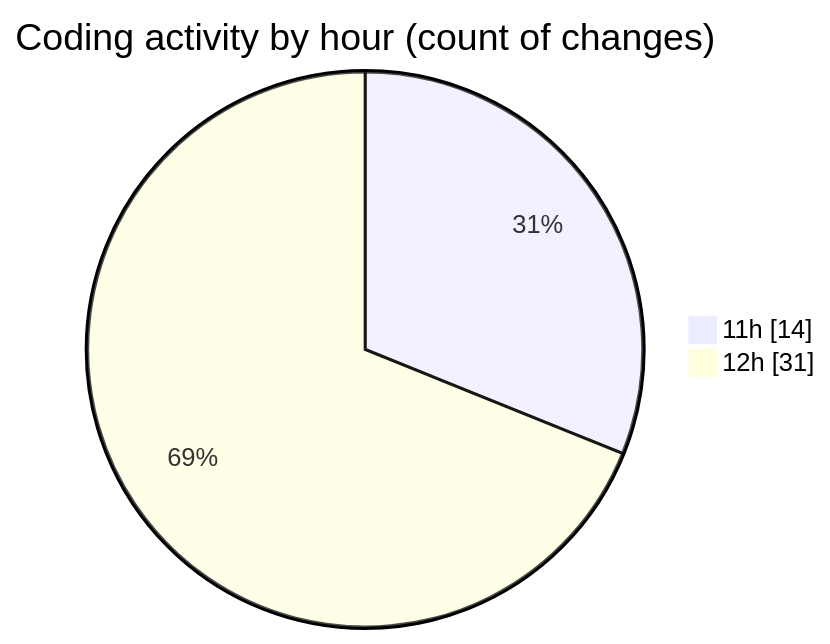
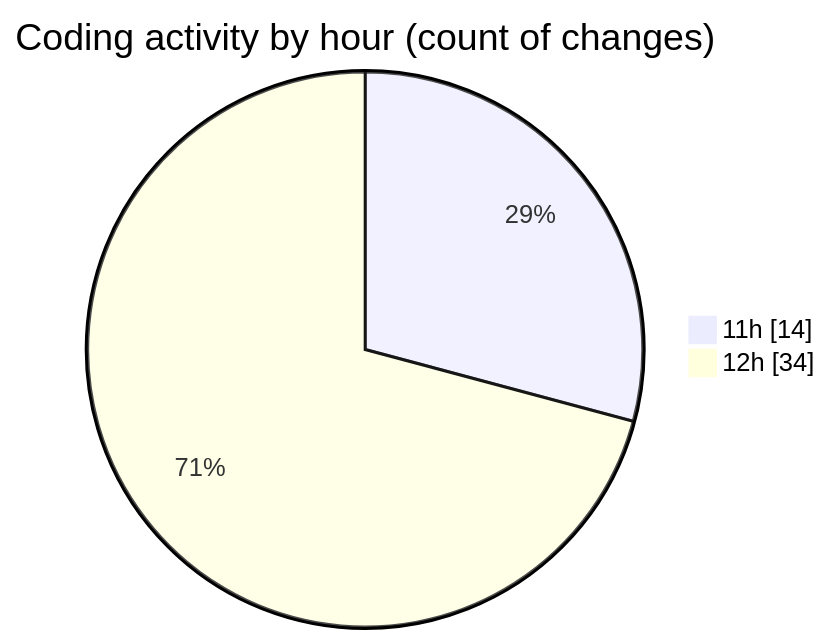
The second of 2 diagrams in 2026-08-24/nxtqube_webapp/README.md (nxtqubesakshisongat/code-tracking), drawn with Mermaid before and after one commit. The commit also changed other lines of this file and 1 other file, not shown here.

````diff
--- a/2026-08-24/nxtqube_webapp/README.md
+++ b/2026-08-24/nxtqube_webapp/README.md
@@ -41,6 +41,6 @@
 ```mermaid
 pie showData
 title Coding activity by hour (count of changes)
 "11h" : 14
-"12h" : 31
+"12h" : 34
 ```
````
